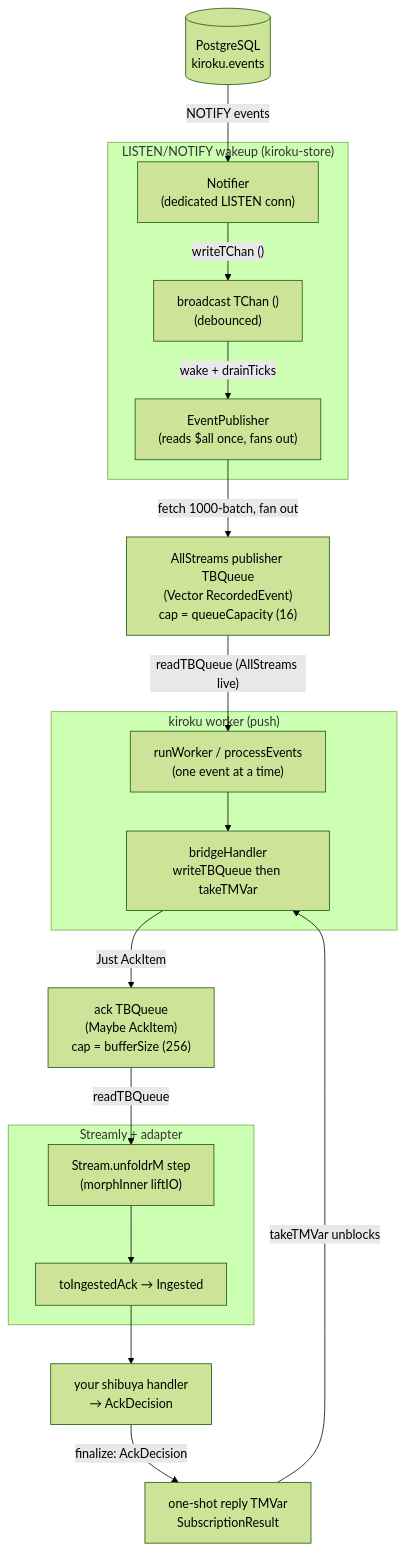
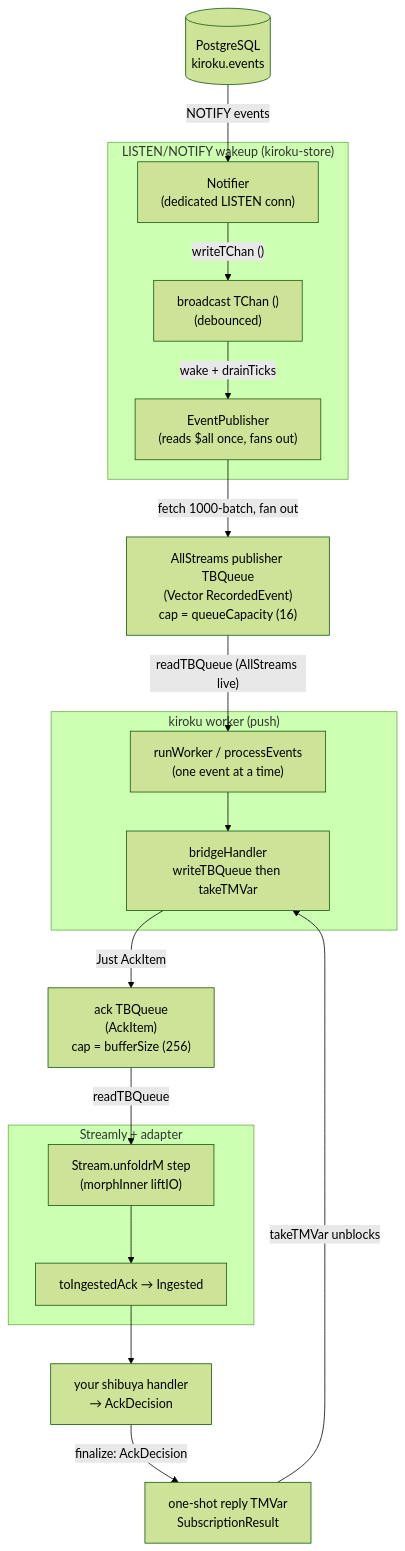
The diagram in content/docs/kiroku/walkthrough/05-the-shibuya-adapter.mdx (shinzui/keiro-runtime-docs), drawn with Mermaid (forest theme) before and after one commit. The commit also changed other lines of this file and 17 other files, not shown here.

````diff
--- a/content/docs/kiroku/walkthrough/05-the-shibuya-adapter.mdx
+++ b/content/docs/kiroku/walkthrough/05-the-shibuya-adapter.mdx
@@ -54,33 +54,33 @@
 ```mermaid
 flowchart TD
   PG[("PostgreSQL<br/>kiroku.events")]
   subgraph listen["LISTEN/NOTIFY wakeup (kiroku-store)"]
     Notifier["Notifier<br/>(dedicated LISTEN conn)"]
     Tick["broadcast TChan ()<br/>(debounced)"]
     Pub["EventPublisher<br/>(reads $all once, fans out)"]
   end
   LiveQ["AllStreams publisher TBQueue<br/>(Vector RecordedEvent)<br/>cap = queueCapacity (16)"]
   subgraph worker["kiroku worker (push)"]
     W["runWorker / processEvents<br/>(one event at a time)"]
     BH["bridgeHandler<br/>writeTBQueue then takeTMVar"]
   end
-  AckQ["ack TBQueue<br/>(Maybe AckItem)<br/>cap = bufferSize (256)"]
+  AckQ["ack TBQueue<br/>(AckItem)<br/>cap = bufferSize (256)"]
   subgraph stream["Streamly + adapter"]
     S["Stream.unfoldrM step<br/>(morphInner liftIO)"]
     Ing["toIngestedAck → Ingested"]
   end
   Handler["your shibuya handler<br/>→ AckDecision"]
   Reply["one-shot reply TMVar<br/>SubscriptionResult"]
 
   PG -- "NOTIFY events" --> Notifier
   Notifier -- "writeTChan ()" --> Tick
   Tick -- "wake + drainTicks" --> Pub
   Pub -- "fetch 1000-batch, fan out" --> LiveQ
   LiveQ -- "readTBQueue (AllStreams live)" --> W
   W --> BH
   BH -- "Just AckItem" --> AckQ
   AckQ -- "readTBQueue" --> S
   S --> Ing --> Handler
   Handler -- "finalize: AckDecision" --> Reply
   Reply -- "takeTMVar unblocks" --> BH
 ```
````
